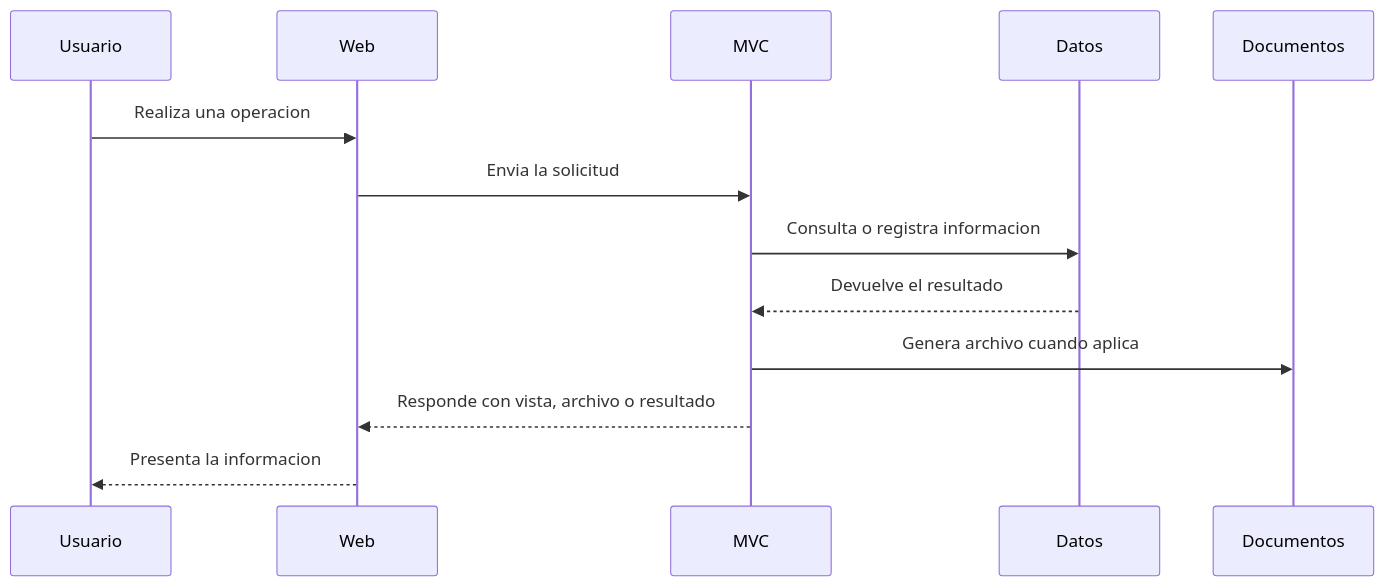
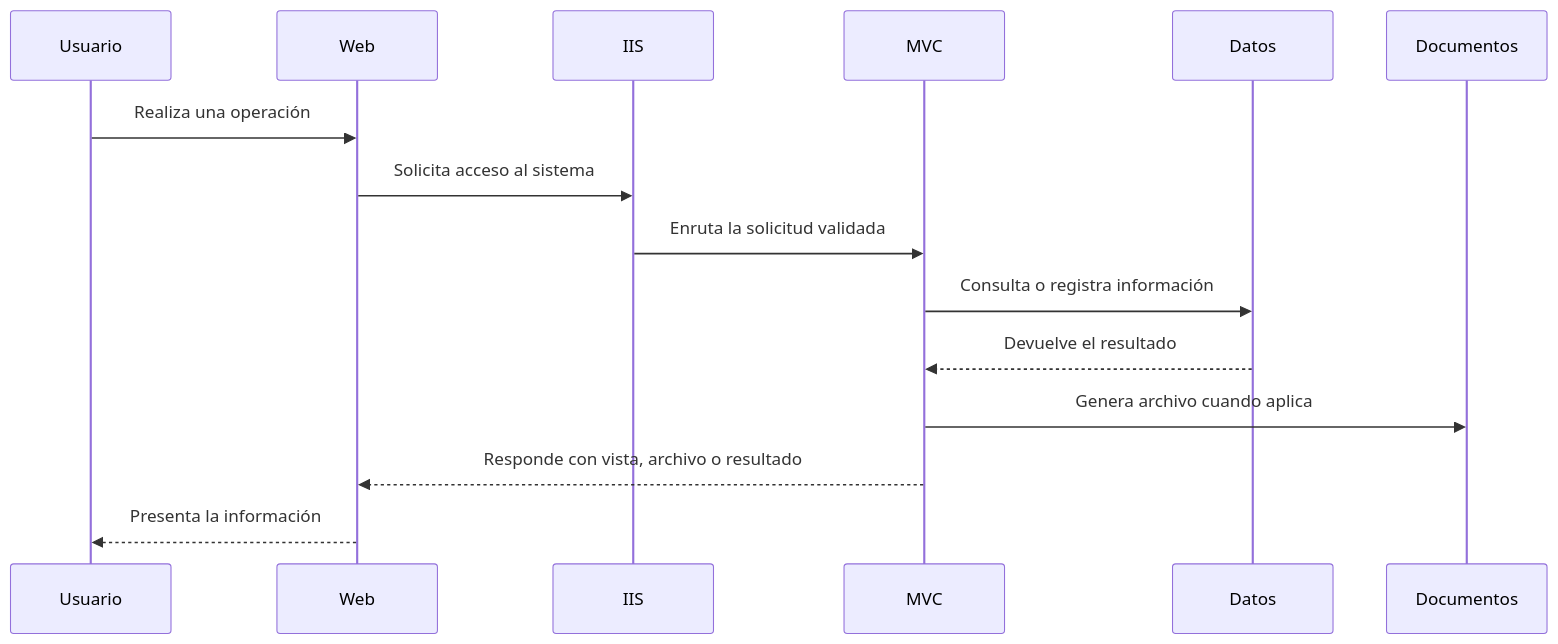
The second of 2 diagrams in docs/arquitectura.md (Ricardo-NM/totis-gdb-docs), drawn with Mermaid before and after one commit. The commit also changed other lines of this file and 10 other files, not shown here.

````diff
--- a/docs/arquitectura.md
+++ b/docs/arquitectura.md
@@ -29,16 +33,18 @@
 ```mermaid
 sequenceDiagram
     participant Usuario
     participant Web
+    participant IIS
     participant MVC
     participant Datos
     participant Documentos
 
-    Usuario->>Web: Realiza una operacion
-    Web->>MVC: Envia la solicitud
-    MVC->>Datos: Consulta o registra informacion
+    Usuario->>Web: Realiza una operación
+    Web->>IIS: Solicita acceso al sistema
+    IIS->>MVC: Enruta la solicitud validada
+    MVC->>Datos: Consulta o registra información
     Datos-->>MVC: Devuelve el resultado
     MVC->>Documentos: Genera archivo cuando aplica
     MVC-->>Web: Responde con vista, archivo o resultado
-    Web-->>Usuario: Presenta la informacion
+    Web-->>Usuario: Presenta la información
 ```
````
